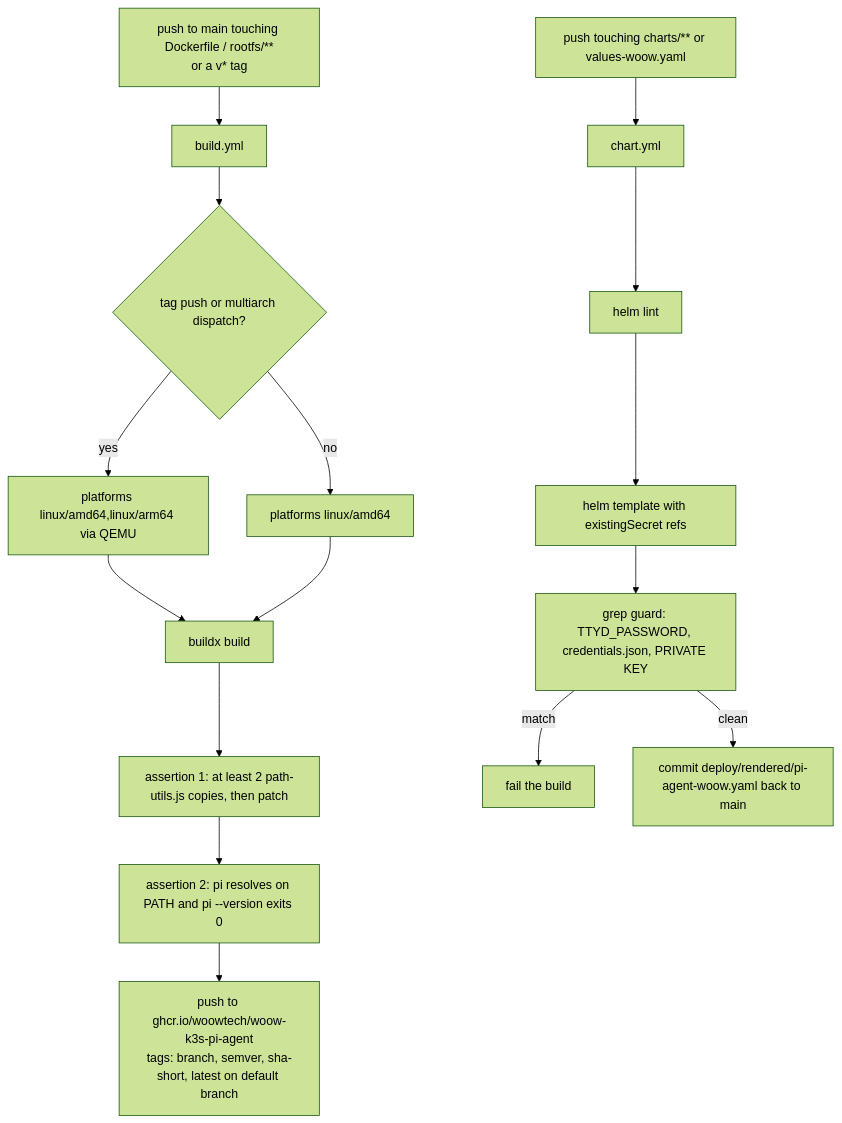
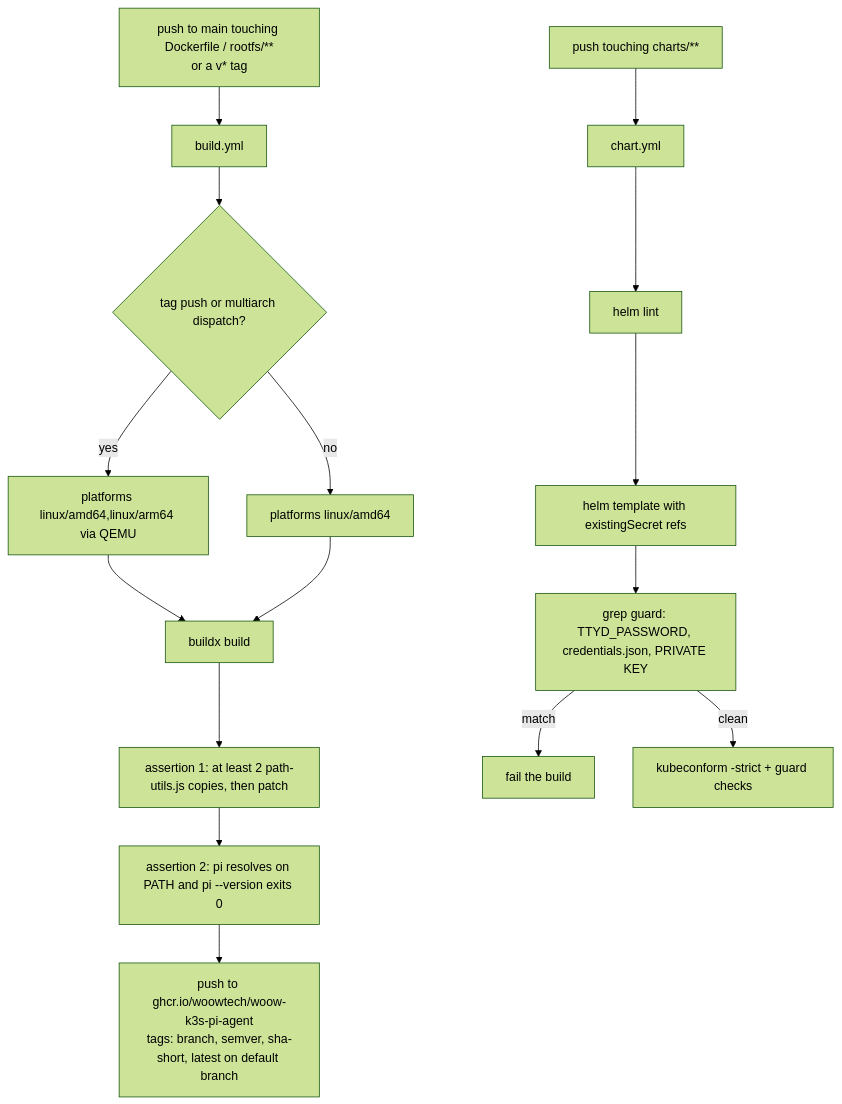
The fourth of 4 diagrams in docs/ARCHITECTURE.md (WOOWTECH/Woow_k3s_pi_agent_package), drawn with Mermaid (forest theme) before and after one commit. The commit also changed other lines of this file and 24 other files, not shown here.

First line of the commit message:
feat(chart): make the six live releases reproducible from this repo

````diff
--- a/docs/ARCHITECTURE.md
+++ b/docs/ARCHITECTURE.md
@@ -276,19 +276,19 @@
 ```mermaid
 flowchart TD
     A["push to main touching Dockerfile / rootfs/**<br/>or a v* tag"] --> B["build.yml"]
     B --> C{"tag push or multiarch dispatch?"}
     C -->|yes| D["platforms linux/amd64,linux/arm64 via QEMU"]
     C -->|no| E["platforms linux/amd64"]
     D --> F["buildx build"]
     E --> F
     F --> G["assertion 1: at least 2 path-utils.js copies, then patch"]
     G --> H["assertion 2: pi resolves on PATH and pi --version exits 0"]
     H --> I["push to ghcr.io/woowtech/woow-k3s-pi-agent<br/>tags: branch, semver, sha-short, latest on default branch"]
 
-    J["push touching charts/** or values-woow.yaml"] --> K["chart.yml"]
+    J["push touching charts/**"] --> K["chart.yml"]
     K --> L["helm lint"]
     L --> M["helm template with existingSecret refs"]
     M --> N["grep guard: TTYD_PASSWORD, credentials.json, PRIVATE KEY"]
     N -->|match| O["fail the build"]
-    N -->|clean| P["commit deploy/rendered/pi-agent-woow.yaml back to main"]
+    N -->|clean| P["kubeconform -strict + guard checks"]
 ```
````
